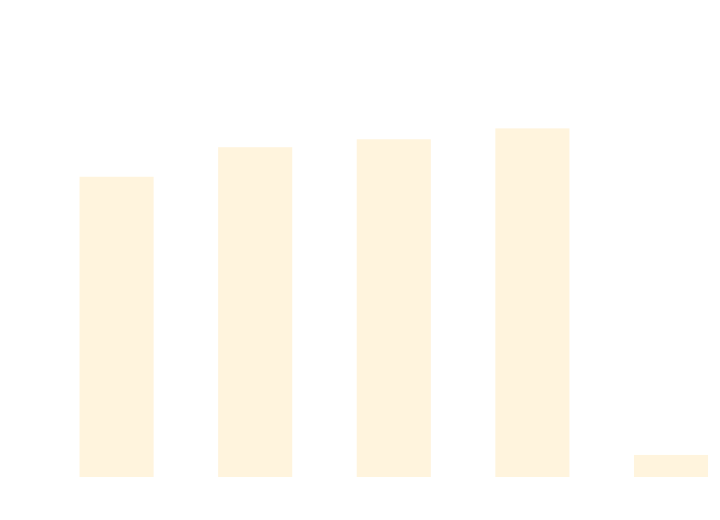
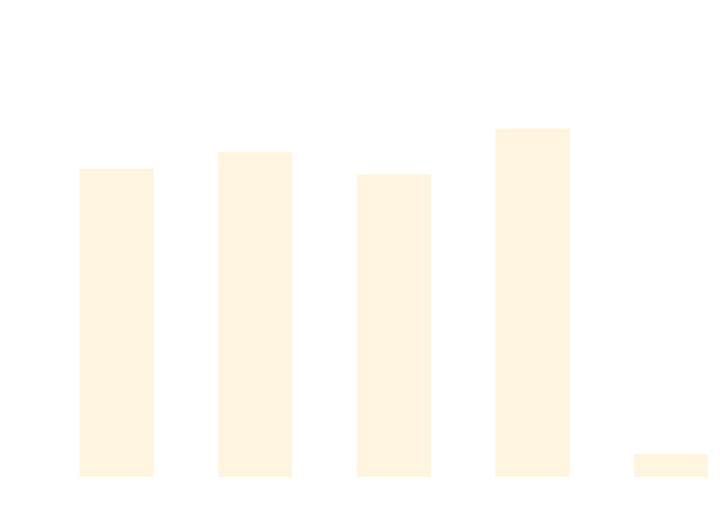
One commit to thomhurst/TUnit changed the diagram in docs/docs/benchmarks/DataDrivenTests.md. Above: the diagram before and after it, drawn with Mermaid. The commit also changed other lines of this file and 17 other files, not shown here.

````diff
--- a/docs/docs/benchmarks/DataDrivenTests.md
+++ b/docs/docs/benchmarks/DataDrivenTests.md
@@ -27,37 +27,37 @@
 ```mermaid
 %%{init: {
   'theme':'base',
   'themeVariables': {
     'primaryColor': '#2563eb',
     'primaryTextColor': '#ffffff',
     'primaryBorderColor': '#1e40af',
     'lineColor': '#6b7280',
     'secondaryColor': '#7c3aed',
     'tertiaryColor': '#dc2626',
     'background': '#ffffff',
     'mainBkg': '#2563eb',
     'secondBkg': '#7c3aed',
     'tertiaryBkg': '#dc2626',
     'clusterBkg': '#f3f4f6',
     'edgeLabelBackground': '#ffffff',
     'tertiaryTextColor': '#1f2937',
     'pie1': '#2563eb',
     'pie2': '#7c3aed',
     'pie3': '#dc2626',
     'pie4': '#f59e0b',
     'pie5': '#10b981',
     'pie6': '#06b6d4',
     'pie7': '#ec4899',
     'pie8': '#6366f1',
     'pie9': '#84cc16',
     'pie10': '#f97316',
     'pie11': '#14b8a6',
     'pie12': '#a855f7'
   }
 }}%%
 xychart-beta
   title "DataDrivenTests Performance Comparison"
   x-axis ["TUnit", "NUnit", "MSTest", "xUnit3", "TUnit_AOT"]
-  y-axis "Time (ms)" 0 --> 688
-  bar [491.6, 541.3, 554.63, 572.96, 23.67]
+  y-axis "Time (ms)" 0 --> 694
+  bar [509.49, 537.7, 500.01, 577.92, 25.2]
 ```
````
